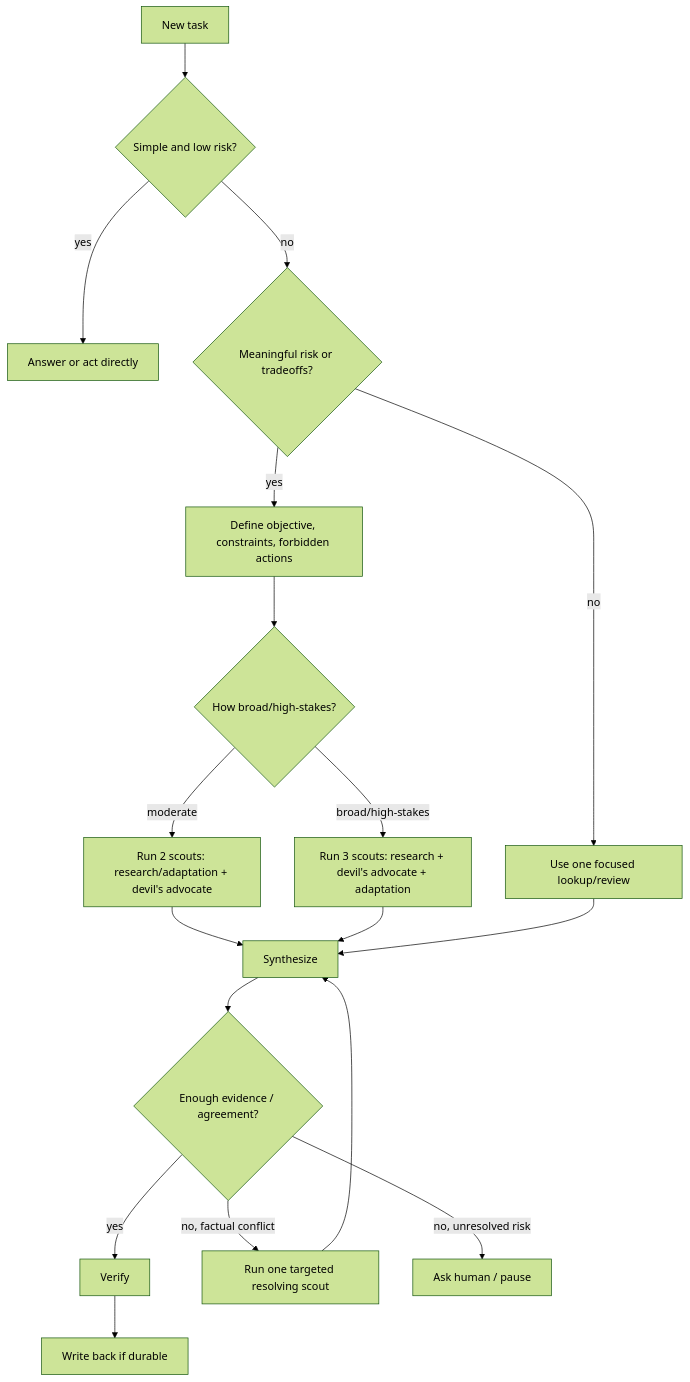
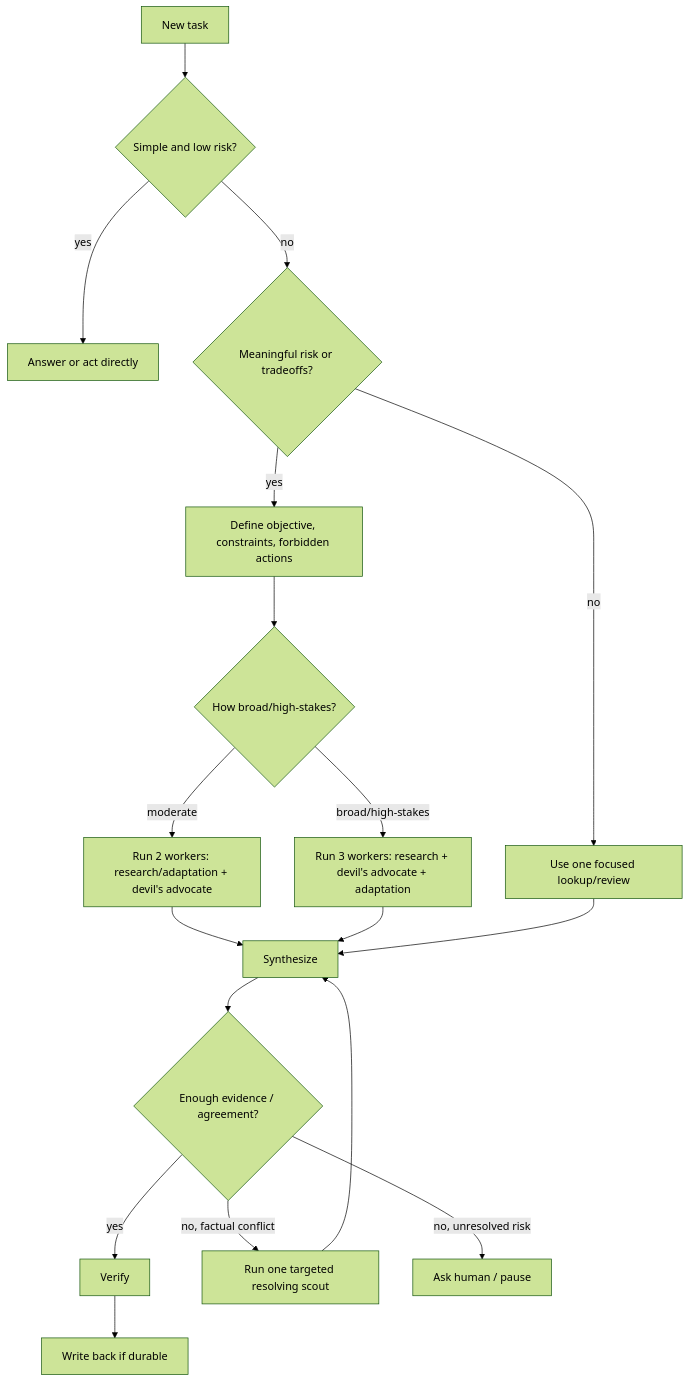
One commit to seintun/apiary changed the third of 6 diagrams in DIAGRAMS.md. Above: the diagram before and after it, drawn with Mermaid (forest theme). The commit also changed other lines of this file and 44 other files, not shown here.

````diff
--- a/DIAGRAMS.md
+++ b/DIAGRAMS.md
@@ -50,25 +50,25 @@
 ```mermaid
 flowchart TD
     START[New task] --> SIMPLE{Simple and low risk?}
     SIMPLE -- yes --> DIRECT[Answer or act directly]
     SIMPLE -- no --> RISK{Meaningful risk or tradeoffs?}
 
     RISK -- no --> ONE[Use one focused lookup/review]
     RISK -- yes --> SCOPE[Define objective, constraints, forbidden actions]
 
     SCOPE --> COUNT{How broad/high-stakes?}
-    COUNT -- moderate --> TWO[Run 2 scouts: research/adaptation + devil's advocate]
-    COUNT -- broad/high-stakes --> THREE[Run 3 scouts: research + devil's advocate + adaptation]
+    COUNT -- moderate --> TWO[Run 2 workers: research/adaptation + devil's advocate]
+    COUNT -- broad/high-stakes --> THREE[Run 3 workers: research + devil's advocate + adaptation]
 
     TWO --> SYN[Synthesize]
     THREE --> SYN
     ONE --> SYN
 
     SYN --> AGREE{Enough evidence / agreement?}
     AGREE -- yes --> VERIFY[Verify]
     AGREE -- no, factual conflict --> TARGET[Run one targeted resolving scout]
     AGREE -- no, unresolved risk --> ASK[Ask human / pause]
 
     TARGET --> SYN
     VERIFY --> WRITE[Write back if durable]
 ```
````
